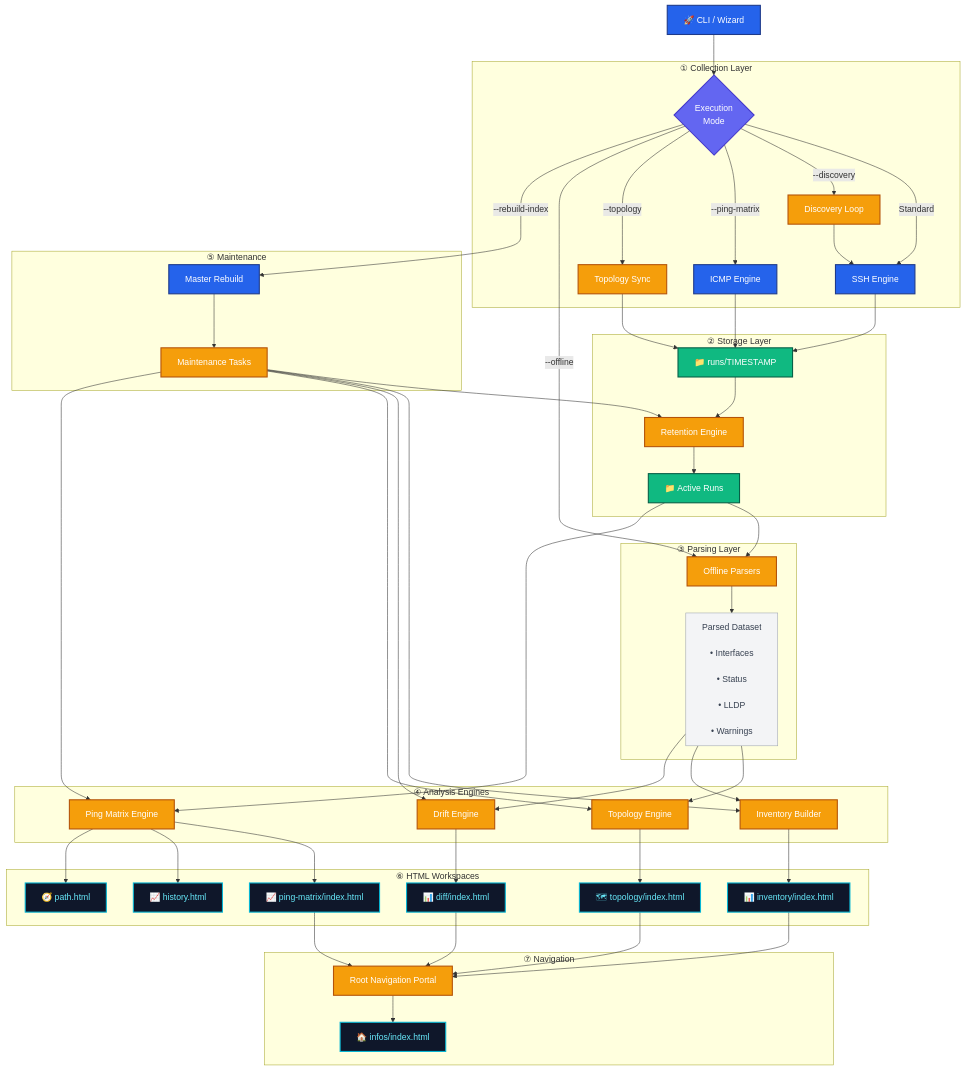
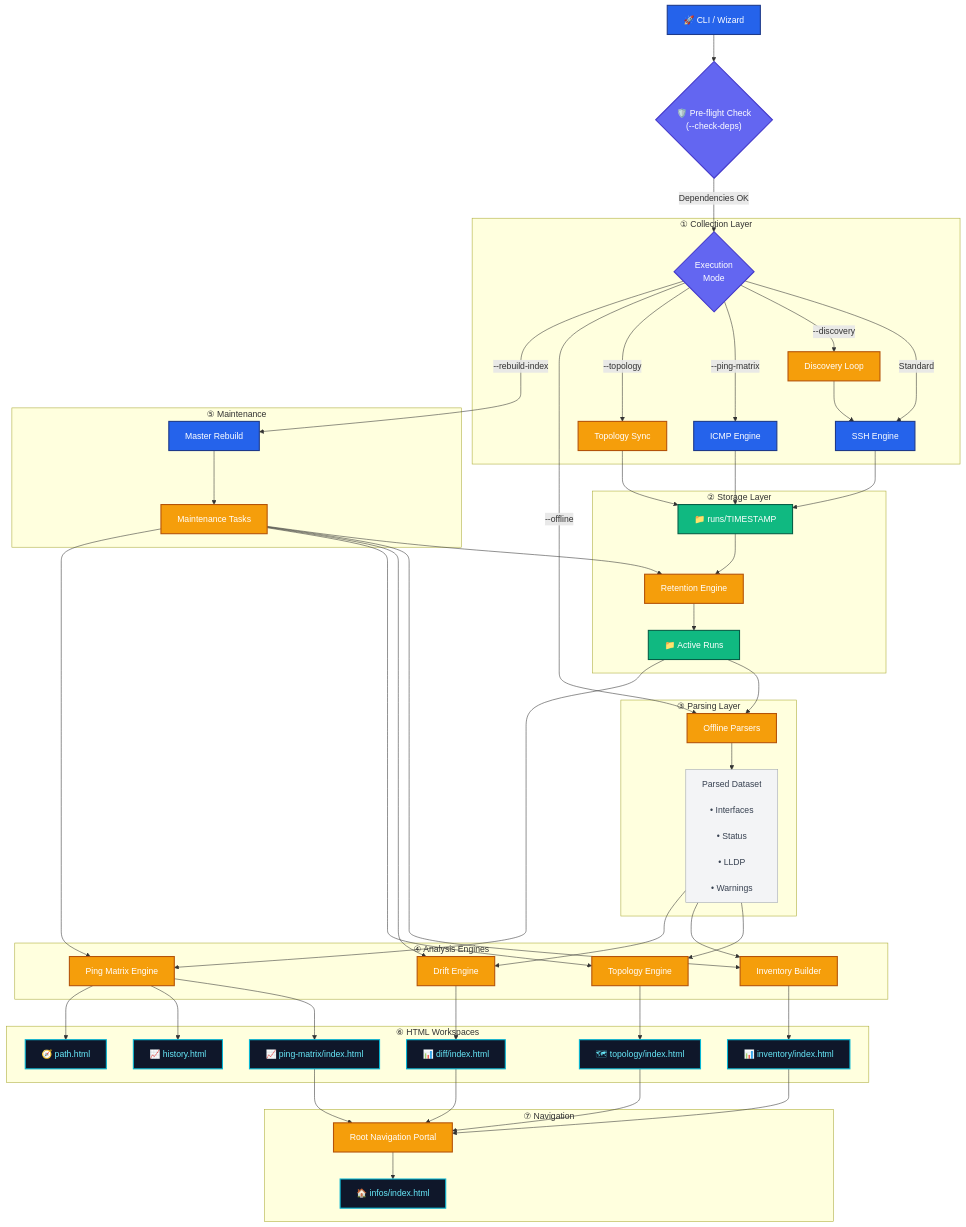
One commit to flashbsb/network-data-extractor changed the first of 2 diagrams in README.md. Above: the diagram before and after it, drawn with Mermaid. The commit also changed other lines of this file and 5 other files, not shown here.

```diff
--- a/README.md
+++ b/README.md
@@ -53,10 +54,11 @@
 %% ==========================================================
 
 CLI["🚀 CLI / Wizard"]:::engine
-
+PRECHECK{"🛡️ Pre-flight Check<br/>(--check-deps)"}:::decision
 MODE{"Execution<br/>Mode"}:::decision
 
-CLI --> MODE
+CLI --> PRECHECK
+PRECHECK -->|Dependencies OK| MODE
 
 %% ==========================================================
 %% COLLECTION
```
